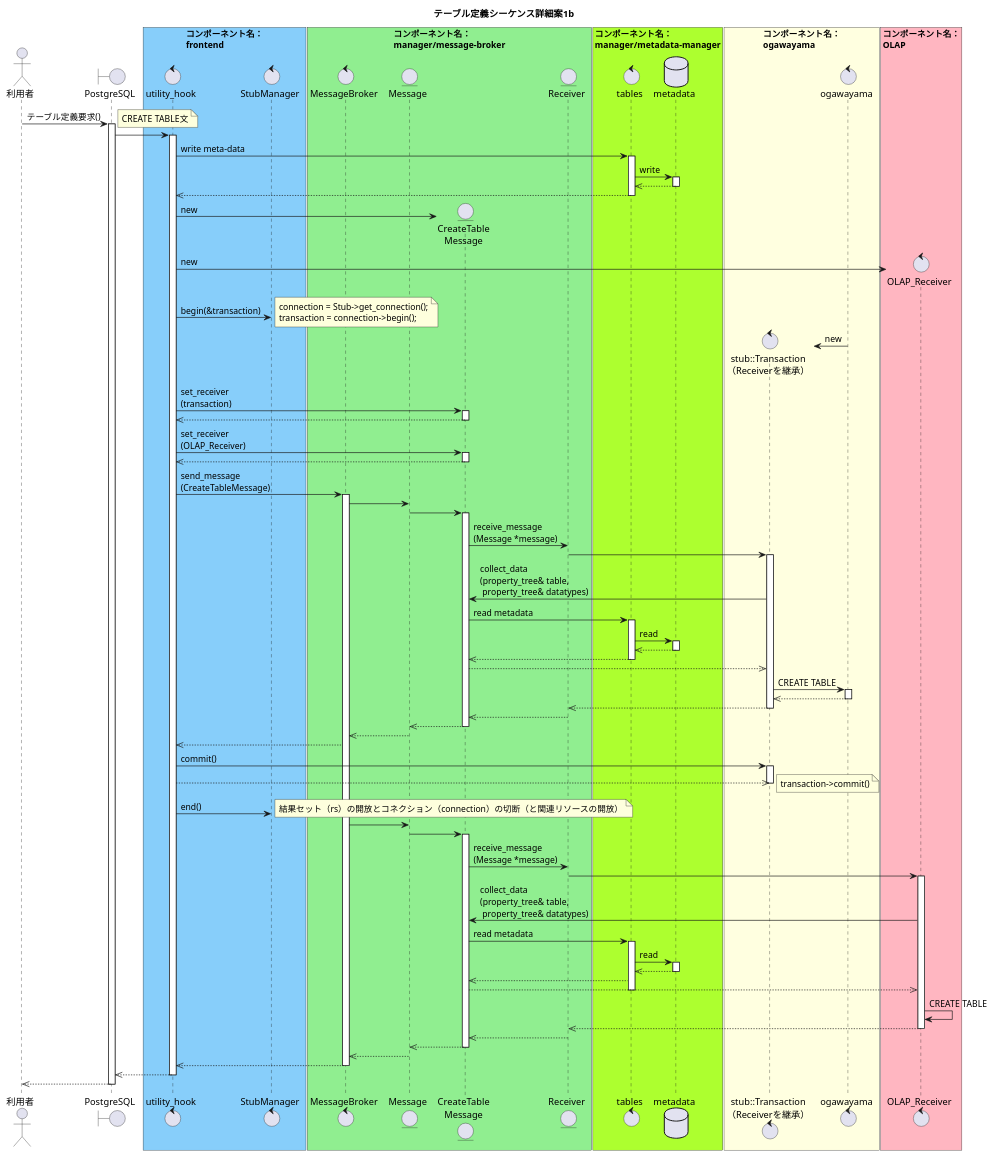
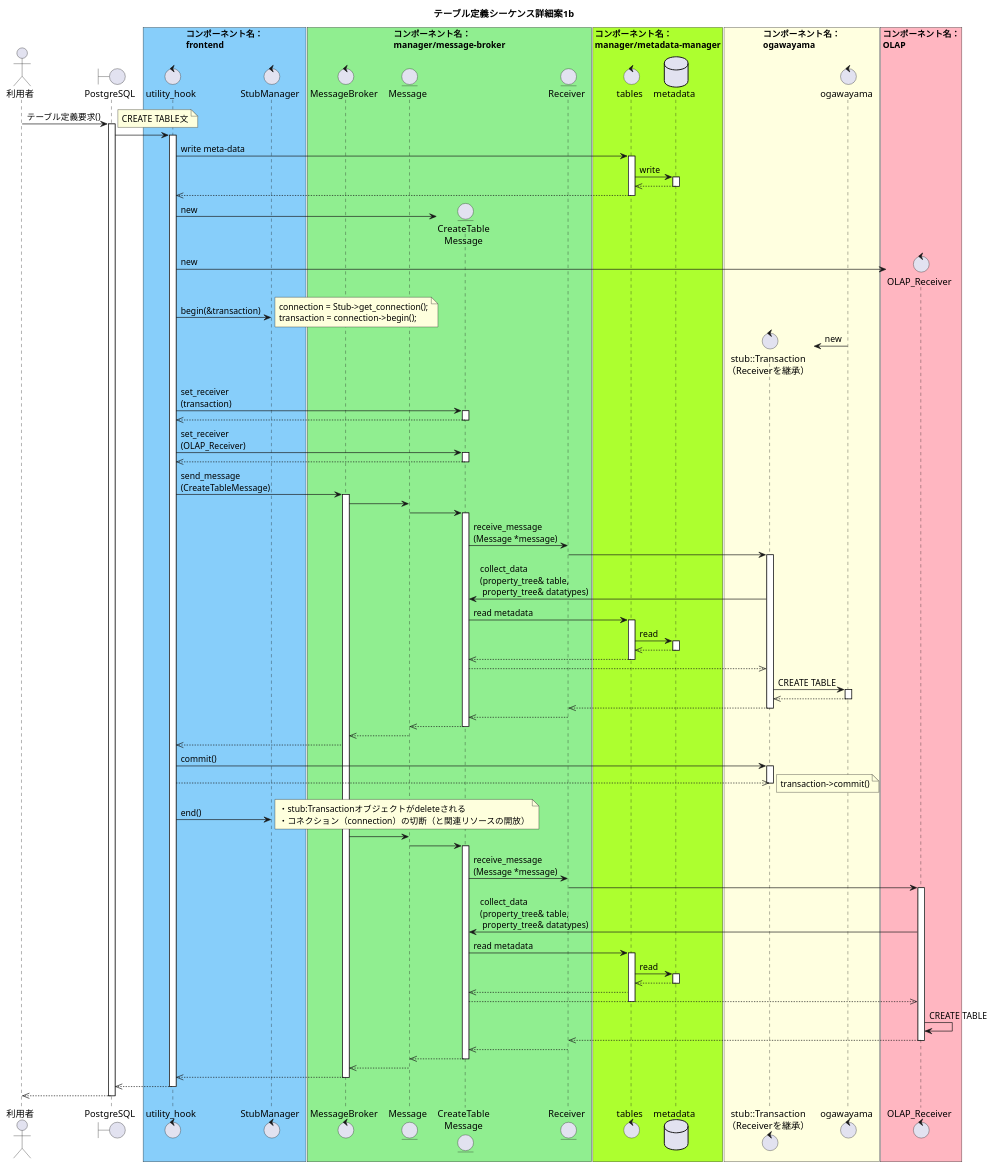
One commit to project-tsurugi/tsurugi_fdw changed the second of 3 diagrams in docs/design/img/CREATE_TABLE_detail.pu. Above: the diagram before and after it, drawn with PlantUML. The commit also changed other lines of this file and 4 other files, not shown here.

Commit message:
Add description of StubManager()::end and Fix demerit of sequence

```diff
--- a/docs/design/img/CREATE_TABLE_detail.pu
+++ b/docs/design/img/CREATE_TABLE_detail.pu
@@ -164,148 +165,149 @@
 @startuml テーブル定義シーケンス詳細案1b
 
 title テーブル定義シーケンス詳細案1b
 
 actor 利用者
 boundary PostgreSQL
 
 box "コンポーネント名：\nfrontend" #LightSkyBlue
 control utility_hook
 control StubManager
 end box
 
 box "コンポーネント名：\nmanager/message-broker" #LightGreen
 control MessageBroker
 entity Message
 entity "CreateTable\nMessage" as concrete_message
 entity Receiver
 end box
 
 box "コンポーネント名：\nmanager/metadata-manager" #GreenYellow
 control tables
 database metadata
 end box
 
 box "コンポーネント名：\nogawayama" #LightYellow
 control "stub::Transaction\n（Receiverを継承）" as tran
 control "ogawayama" as ogawayama
 end box
 
 box "コンポーネント名：\nOLAP" #LightPink
 control "OLAP_Receiver" as olap_receiver
 end box
 
 利用者 -> PostgreSQL : テーブル定義要求()
 activate PostgreSQL
 note right
 CREATE TABLE文
 end note
 
 PostgreSQL -> utility_hook
 activate utility_hook
   ' write meta-data
   utility_hook -> tables : write meta-data
   activate tables
     tables -> metadata : write
     activate metadata
     tables <<-- metadata
     deactivate metadata
     utility_hook <<-- tables
   deactivate tables
 
   ' create objects
   create concrete_message
   utility_hook -> concrete_message : new
   create olap_receiver
   utility_hook -> olap_receiver : new
 
   ' set receiver
   utility_hook -> StubManager : begin(&transaction)
   note right
   connection = Stub->get_connection();
   transaction = connection->begin();
   end note
   create tran
   ogawayama -> tran : new
   utility_hook -> concrete_message : set_receiver\n(transaction)
   activate concrete_message
     utility_hook <<-- concrete_message
   deactivate concrete_message
   utility_hook -> concrete_message : set_receiver\n(OLAP_Receiver)
   activate concrete_message
     utility_hook <<-- concrete_message
   deactivate concrete_message
 
   ' send message to MessageBroker
   utility_hook -> MessageBroker : send_message\n(CreateTableMessage)
   activate MessageBroker
 
   ' execute command
   MessageBroker -> Message
   Message -> concrete_message
   activate concrete_message
     concrete_message -> Receiver : receive_message\n(Message *message)
     Receiver -> tran
     activate tran
       tran -> concrete_message : collect_data\n(property_tree& table,\n property_tree& datatypes)
       concrete_message -> tables : read metadata
       activate tables
         tables -> metadata : read
         activate metadata
         tables <<-- metadata
         deactivate metadata
         concrete_message <<-- tables
       deactivate tables
       tran <<-- concrete_message
       tran -> ogawayama : CREATE TABLE
       activate ogawayama
       tran <<-- ogawayama
       deactivate ogawayama
     Receiver <<-- tran
     deactivate tran
     concrete_message <<-- Receiver
   Message <<-- concrete_message
   deactivate concrete_message
   MessageBroker <<-- Message
   utility_hook <<-- MessageBroker
   utility_hook -> tran : commit()
   activate tran
   tran <<-- utility_hook
   deactivate tran
   note right
   transaction->commit()
   end note
   utility_hook -> StubManager : end()
   note right
-  結果セット（rs）の開放とコネクション（connection）の切断（と関連リソースの開放）
+  ・stub:Transactionオブジェクトがdeleteされる
+  ・コネクション（connection）の切断（と関連リソースの開放）
   end note
   MessageBroker -> Message
   Message -> concrete_message
   activate concrete_message
     concrete_message -> Receiver : receive_message\n(Message *message)
     Receiver -> olap_receiver
     activate olap_receiver
       olap_receiver -> concrete_message : collect_data\n(property_tree& table,\n property_tree& datatypes)
       concrete_message -> tables : read metadata
       activate tables
         tables -> metadata : read
         activate metadata
         tables <<-- metadata
         deactivate metadata
         concrete_message <<-- tables
         olap_receiver <<-- concrete_message
       deactivate tables
       olap_receiver -> olap_receiver : CREATE TABLE
       Receiver <<-- olap_receiver
       deactivate olap_receiver
       concrete_message <<-- Receiver
   Message <<-- concrete_message
   deactivate concrete_message
   MessageBroker <<-- Message
   utility_hook <<-- MessageBroker
   deactivate MessageBroker
 PostgreSQL <<-- utility_hook
 deactivate utility_hook
 利用者 <<-- PostgreSQL
 deactivate PostgreSQL
 
 @enduml
```
